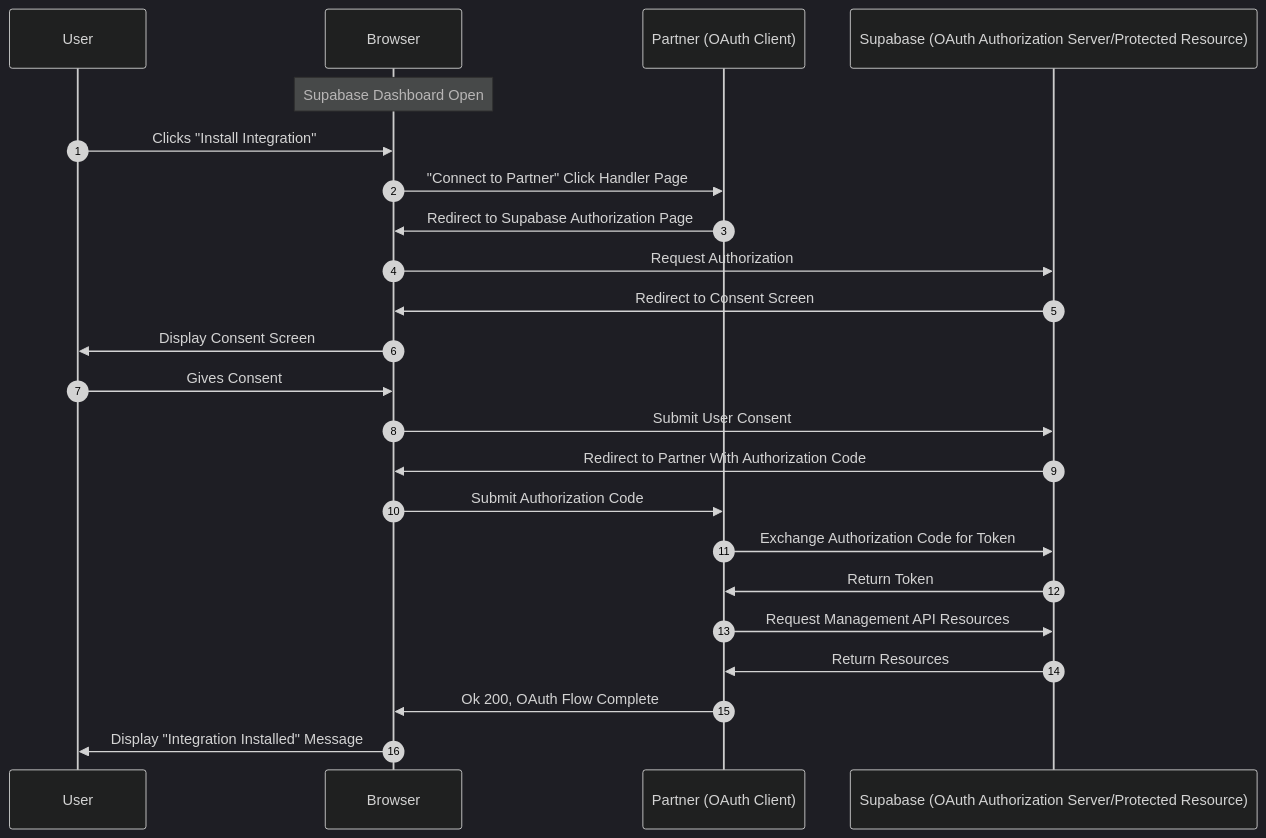
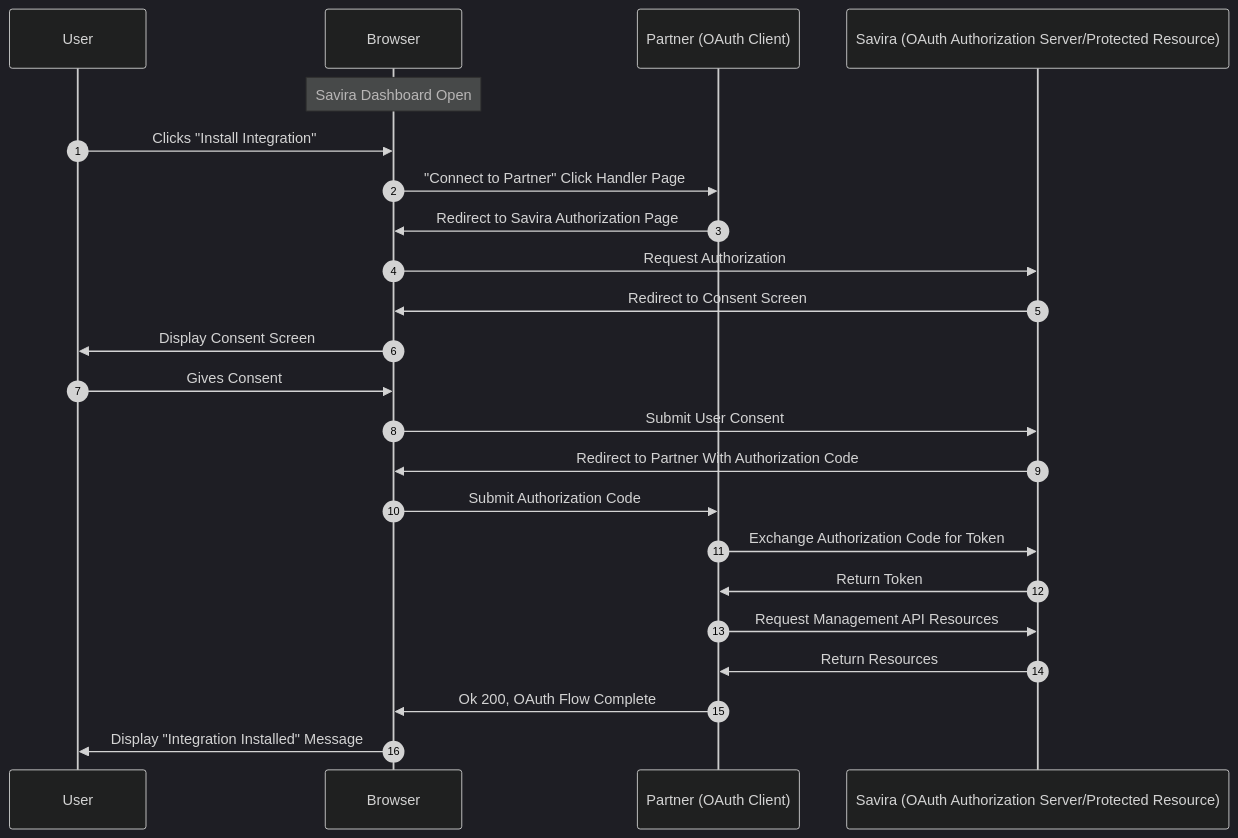
Before and after one commit to BEKO2210/Home-Base: the first of 2 diagrams in apps/docs/content/guides/integrations/partner-integration-guide.mdx, drawn with Mermaid (dark theme). The commit also changed other lines of this file and 2565 other files, not shown here.

First line of the commit message:
Rebrand Supabase -> Savira (name + transparent logo)

````diff
--- a/apps/docs/content/guides/integrations/partner-integration-guide.mdx
+++ b/apps/docs/content/guides/integrations/partner-integration-guide.mdx
@@ -21,36 +21,36 @@
 ```mermaid
 sequenceDiagram
   autonumber
   participant User
   participant Browser
   participant Partner as Partner (OAuth Client)
-  participant Supabase as Supabase (OAuth Authorization Server/Protected Resource)
+  participant Savira as Savira (OAuth Authorization Server/Protected Resource)
 
-  Note over Browser: Supabase Dashboard Open
+  Note over Browser: Savira Dashboard Open
 
   User->>Browser: Clicks "Install Integration"
 
   Browser->>Partner: "Connect to Partner" Click Handler Page
-  Partner->>Browser: Redirect to Supabase Authorization Page
+  Partner->>Browser: Redirect to Savira Authorization Page
 
-  Browser->>Supabase: Request Authorization
-  Supabase->>Browser: Redirect to Consent Screen
+  Browser->>Savira: Request Authorization
+  Savira->>Browser: Redirect to Consent Screen
 
   Browser->>User: Display Consent Screen
   User->>Browser: Gives Consent
 
-  Browser->>Supabase: Submit User Consent
-  Supabase->>Browser: Redirect to Partner With Authorization Code
+  Browser->>Savira: Submit User Consent
+  Savira->>Browser: Redirect to Partner With Authorization Code
 
   Browser->>Partner: Submit Authorization Code
 
-  Partner->>Supabase: Exchange Authorization Code for Token
-  Supabase->>Partner: Return Token
+  Partner->>Savira: Exchange Authorization Code for Token
+  Savira->>Partner: Return Token
 
-  Partner->>Supabase: Request Management API Resources
-  Supabase->>Partner: Return Resources
+  Partner->>Savira: Request Management API Resources
+  Savira->>Partner: Return Resources
 
   Partner->>Browser: Ok 200, OAuth Flow Complete
 
   Browser->>User: Display "Integration Installed" Message
 ```
````
